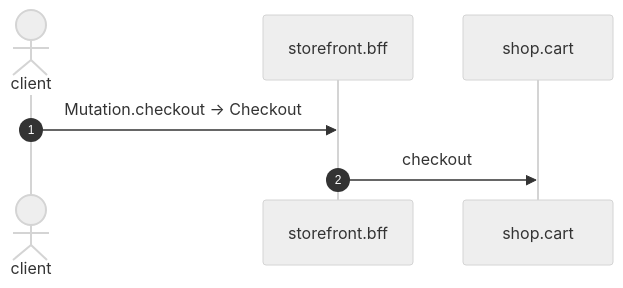
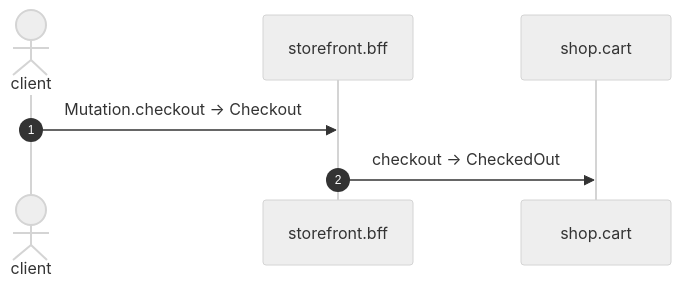
One commit to shortlink-org/portolan changed the diagram in docs/example/flows/bff-mutation-checkout.md. Above: the diagram before and after it, drawn with Mermaid (neutral theme). The commit also changed other lines of this file and 47 other files, not shown here.

````diff
--- a/docs/example/flows/bff-mutation-checkout.md
+++ b/docs/example/flows/bff-mutation-checkout.md
@@ -21,9 +21,9 @@
 ```mermaid
 sequenceDiagram
     autonumber
     actor p0 as client
     participant p1 as storefront.bff
     participant p2 as shop.cart
     p0->>p1: Mutation.checkout → Checkout
-    p1->>p2: checkout
+    p1->>p2: checkout → CheckedOut
 ```
````
